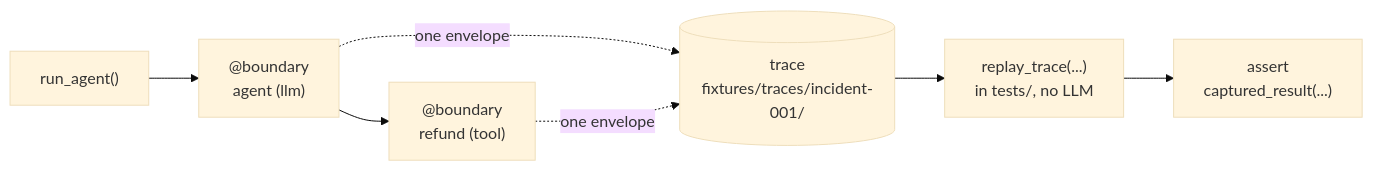
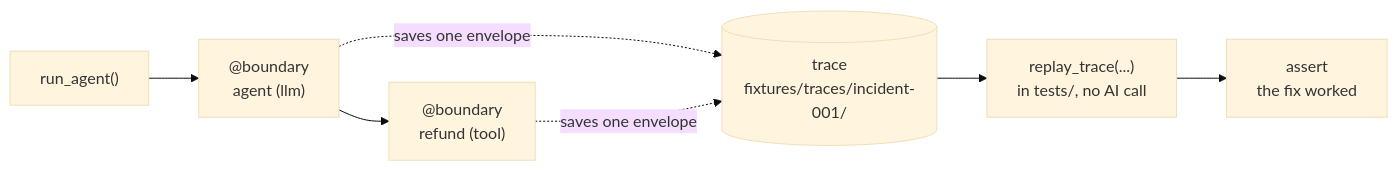
One commit to theagentplane/chronicle changed the first of 2 diagrams in docs/onboarding.md. Above: the diagram before and after it, drawn with Mermaid (base theme). The commit also changed other lines of this file, not shown here.

````diff
--- a/docs/onboarding.md
+++ b/docs/onboarding.md
@@ -23,8 +36,8 @@
 ```mermaid
 flowchart LR
   A["run_agent()"] --> B["@boundary<br/>agent (llm)"] --> C["@boundary<br/>refund (tool)"]
-  B -. one envelope .-> E[("trace<br/>fixtures/traces/incident-001/")]
-  C -. one envelope .-> E
-  E --> R["replay_trace(...)<br/>in tests/, no LLM"]
-  R --> V["assert<br/>captured_result(...)"]
+  B -. saves one envelope .-> E[("trace<br/>fixtures/traces/incident-001/")]
+  C -. saves one envelope .-> E
+  E --> R["replay_trace(...)<br/>in tests/, no AI call"]
+  R --> V["assert<br/>the fix worked"]
 ```
````
